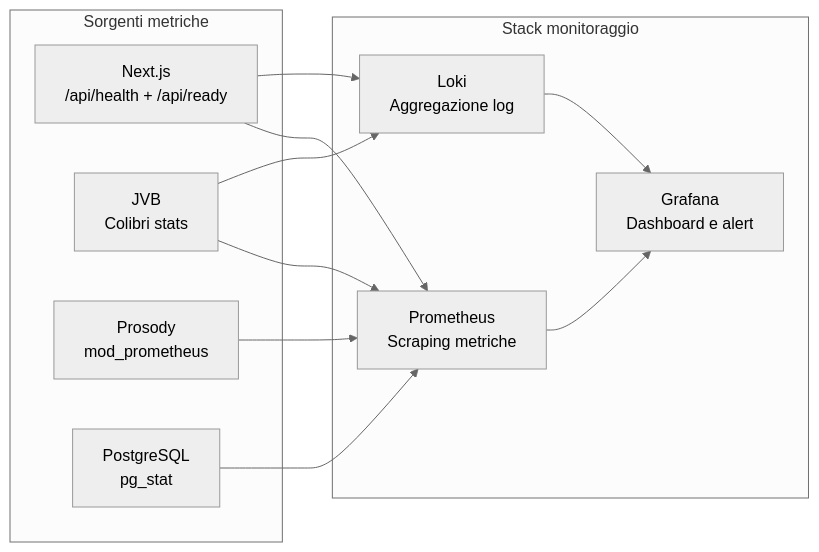
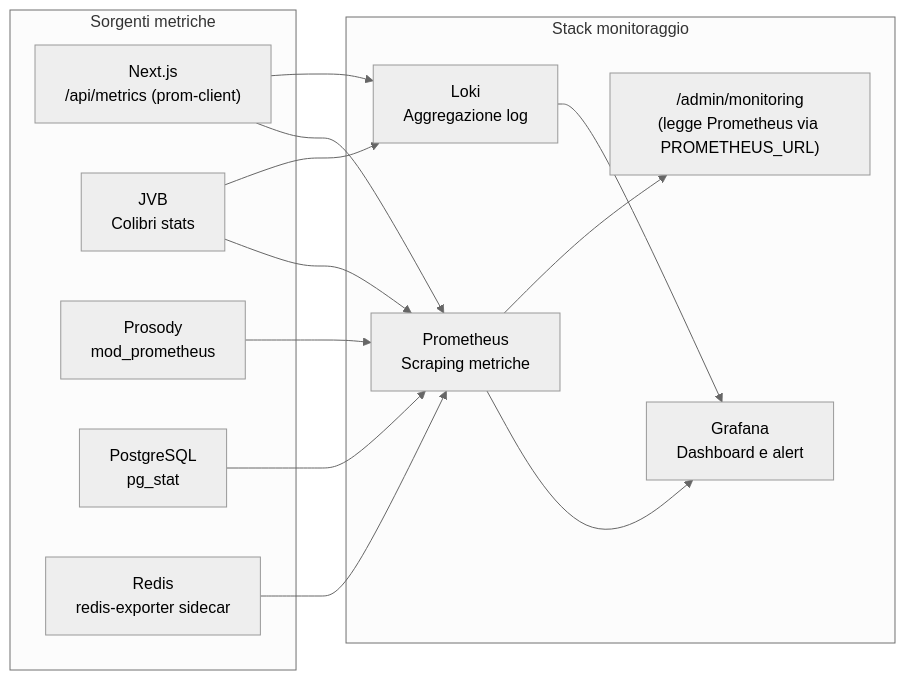
One commit to italia/pa-webinar changed diagram 15 of 15 in docs/ARCHITECTURE.md. Above: the diagram before and after it, drawn with Mermaid (neutral theme). The commit also changed other lines of this file and 3 other files, not shown here.

First line of the commit message:
docs: chat + redis monitoring, outage semantics, valkey HA roadmap

````diff
--- a/docs/ARCHITECTURE.md
+++ b/docs/ARCHITECTURE.md
@@ -829,26 +844,30 @@
 ```mermaid
 graph LR
     subgraph "Sorgenti metriche"
-        APP["Next.js<br/>/api/health + /api/ready"]
+        APP["Next.js<br/>/api/metrics (prom-client)"]
         JVB_M["JVB<br/>Colibri stats"]
         PROSODY_M["Prosody<br/>mod_prometheus"]
         PG["PostgreSQL<br/>pg_stat"]
+        REDIS_M["Redis<br/>redis-exporter sidecar"]
     end
 
     subgraph "Stack monitoraggio"
         PROM["Prometheus<br/>Scraping metriche"]
         LOKI["Loki<br/>Aggregazione log"]
         GRAF["Grafana<br/>Dashboard e alert"]
+        ADMIN["/admin/monitoring<br/>(legge Prometheus via PROMETHEUS_URL)"]
     end
 
     APP --> PROM
     JVB_M --> PROM
     PROSODY_M --> PROM
     PG --> PROM
+    REDIS_M --> PROM
 
     APP --> LOKI
     JVB_M --> LOKI
 
     PROM --> GRAF
+    PROM --> ADMIN
     LOKI --> GRAF
 ```
````
